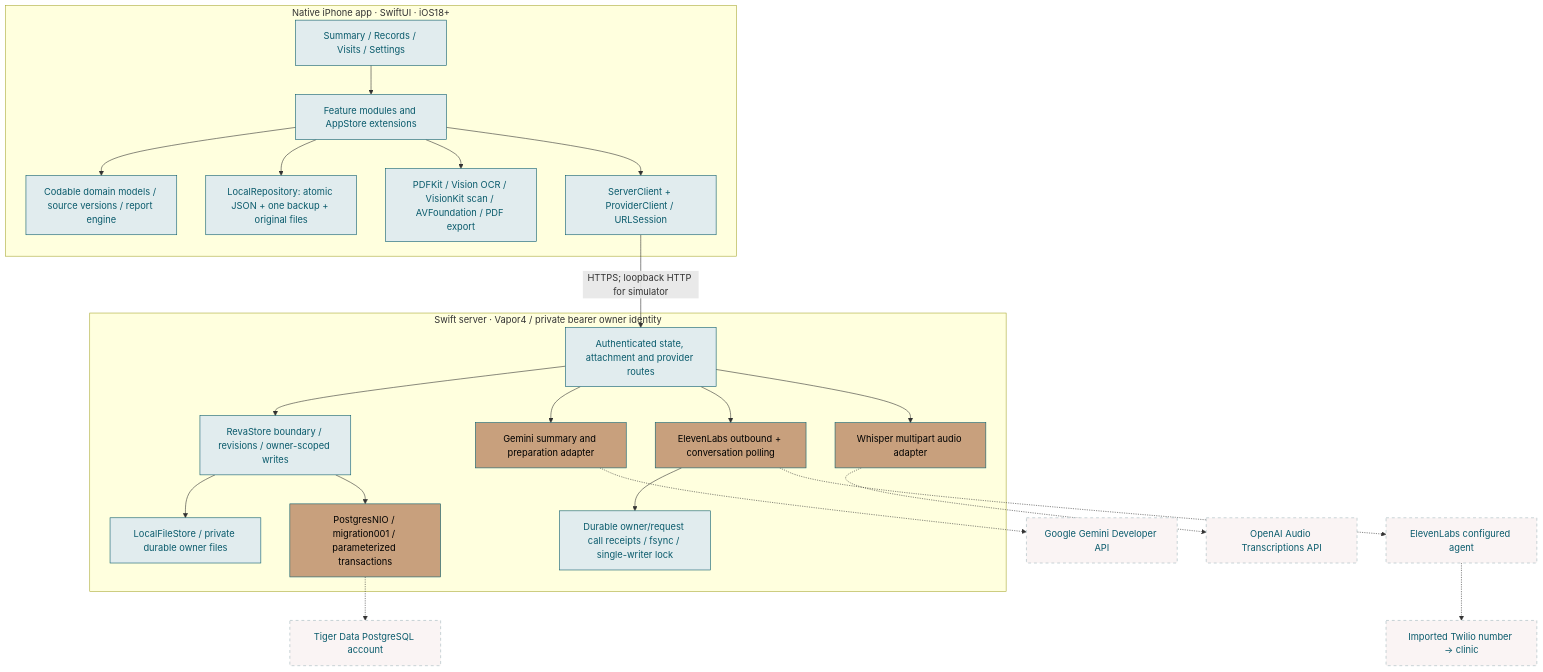
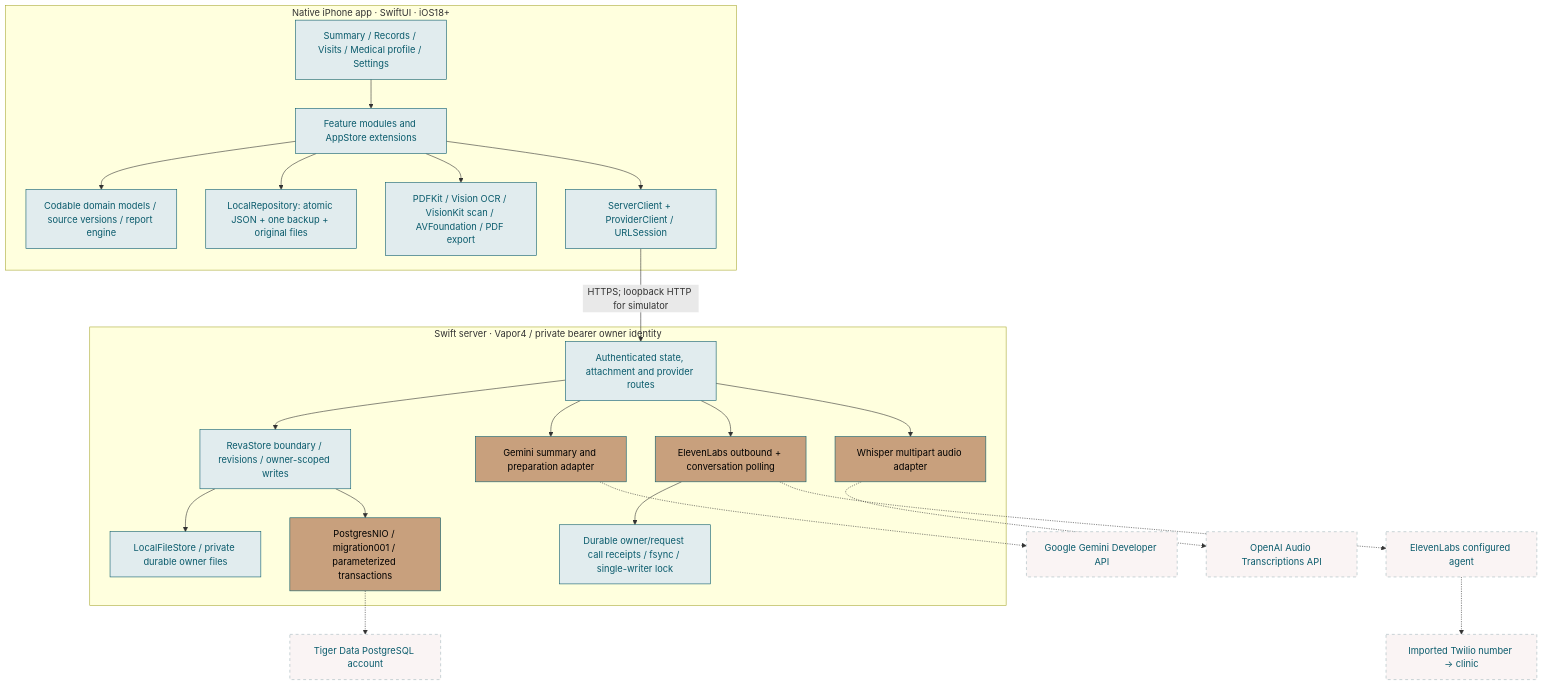
One commit to Siddiqui-R/2026_ricehackathon_medicine changed the first of 6 diagrams in docs/architecture.md. Above: the diagram before and after it, drawn with Mermaid. The commit also changed other lines of this file and 8 other files, not shown here.

Commit message:
docs: record profile and symptom flows with updated stack diagram

````diff
--- a/docs/architecture.md
+++ b/docs/architecture.md
@@ -11,43 +11,43 @@
 ```mermaid
 flowchart TB
     subgraph PHONE["Native iPhone app · SwiftUI · iOS18+"]
-        UI["Summary / Records / Visits / Settings"]
+        UI["Summary / Records / Visits / Medical profile / Settings"]
         FEATURES["Feature modules and AppStore extensions"]
         CORE["Codable domain models / source versions / report engine"]
         LOCAL["LocalRepository: atomic JSON + one backup + original files"]
         DEVICE["PDFKit / Vision OCR / VisionKit scan / AVFoundation / PDF export"]
         CLIENT["ServerClient + ProviderClient / URLSession"]
         UI --> FEATURES --> CORE
         FEATURES --> LOCAL
         FEATURES --> DEVICE
         FEATURES --> CLIENT
     end
     subgraph API["Swift server · Vapor4 / private bearer owner identity"]
         ROUTES["Authenticated state, attachment and provider routes"]
         STORE["RevaStore boundary / revisions / owner-scoped writes"]
         FILES["LocalFileStore / private durable owner files"]
         PG["PostgresNIO / migration001 / parameterized transactions"]
         GEMINI["Gemini summary and preparation adapter"]
         WHISPER["Whisper multipart audio adapter"]
         CALL["ElevenLabs outbound + conversation polling"]
         RECEIPTS["Durable owner/request call receipts / fsync / single-writer lock"]
         ROUTES --> STORE
         STORE --> FILES
         STORE --> PG
         ROUTES --> GEMINI
         ROUTES --> WHISPER
         ROUTES --> CALL --> RECEIPTS
     end
     CLIENT -->|"HTTPS; loopback HTTP for simulator"| ROUTES
     PG -.-> TIGER["Tiger Data PostgreSQL account"]
     GEMINI -.-> GOOGLE["Google Gemini Developer API"]
     WHISPER -.-> OPENAI["OpenAI Audio Transcriptions API"]
     CALL -.-> ELEVEN["ElevenLabs configured agent"]
     ELEVEN -.-> TWILIO["Imported Twilio number → clinic"]
     classDef local fill:#E1ECEE,stroke:#0A5B6C,color:#0A5B6C;
     classDef adapter fill:#C8A07D,stroke:#0A5B6C,color:#000000;
     classDef external fill:#FAF4F4,stroke:#A2B7BC,color:#0A5B6C,stroke-dasharray:5 5;
     class UI,FEATURES,CORE,LOCAL,DEVICE,CLIENT,ROUTES,STORE,FILES,RECEIPTS local;
     class PG,GEMINI,WHISPER,CALL adapter;
     class TIGER,GOOGLE,OPENAI,ELEVEN,TWILIO external;
 ```
````
